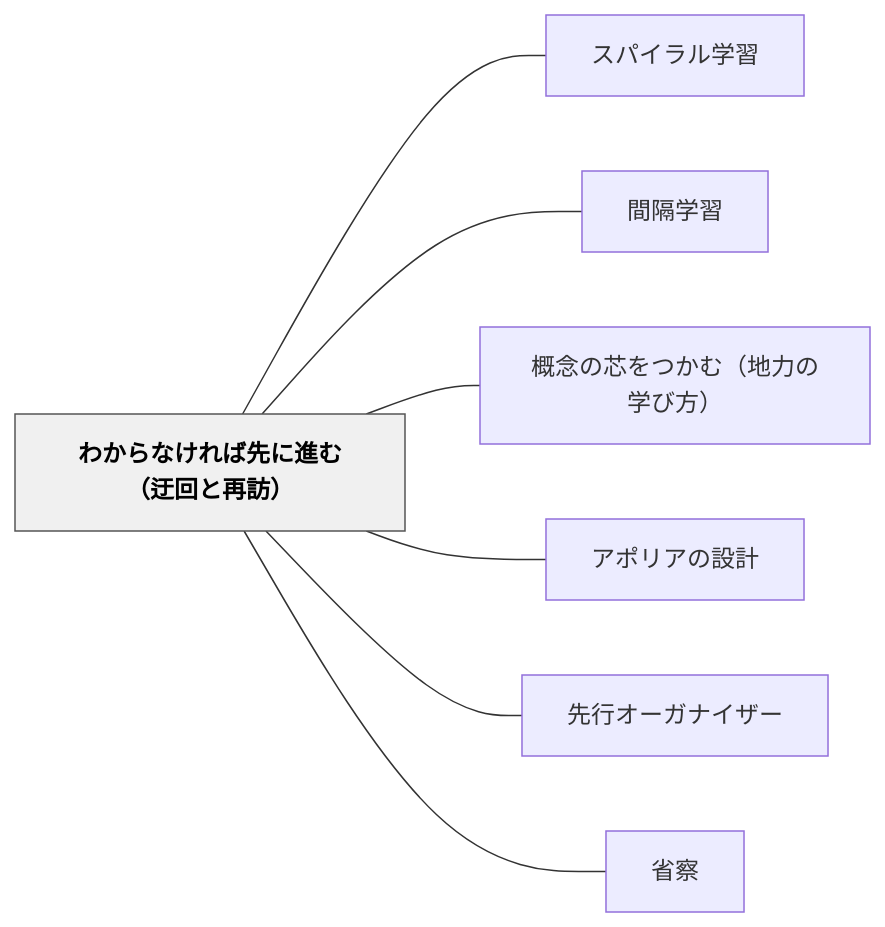
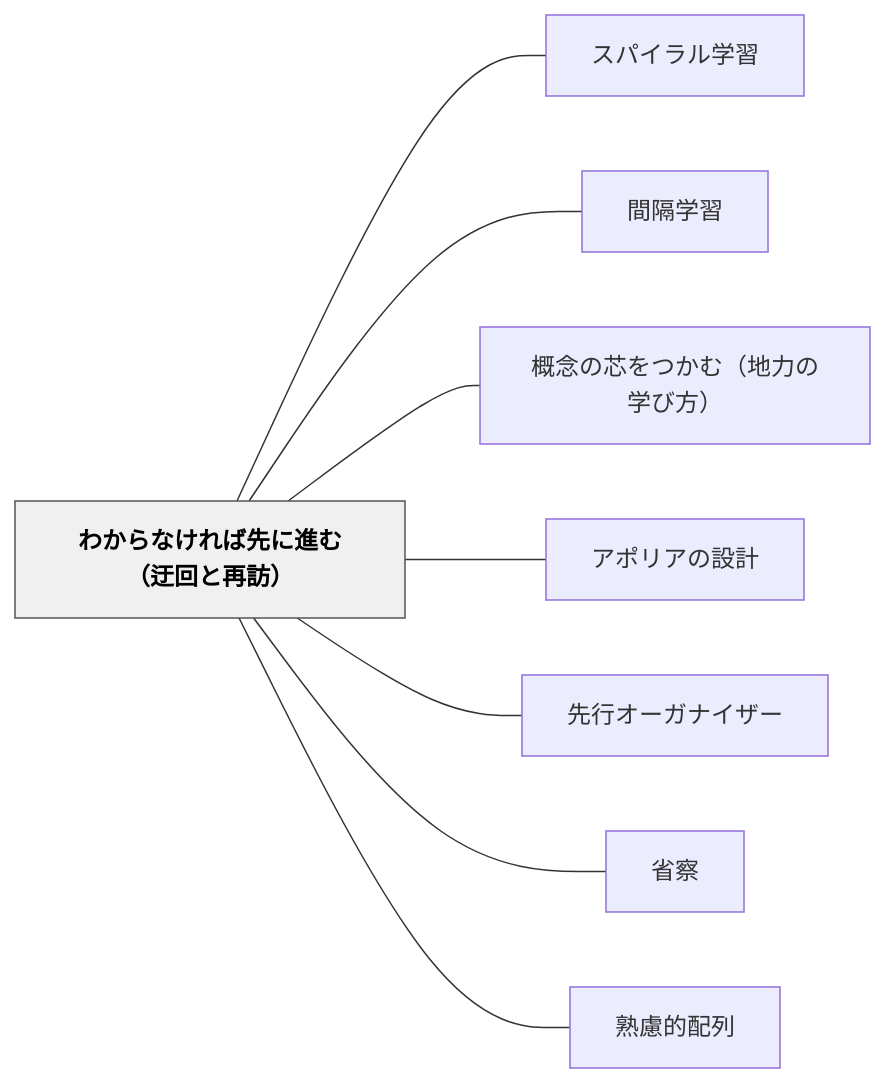
The diagram in content/パタン/わからなければ先に進む（迂回と再訪）.md (unknownthings-ed-patterns/unknownthings-ed-patterns), drawn with Mermaid before and after one commit. The commit also changed other lines of this file and 9 other files, not shown here.

````diff
--- a/content/パタン/わからなければ先に進む（迂回と再訪）.md
+++ b/content/パタン/わからなければ先に進む（迂回と再訪）.md
@@ -133,20 +134,22 @@
 ```mermaid
 flowchart LR
     ne3828fe3818be38289e381aae38191e3828ce381b0e58588e381abe980b2e38280efbc88e8bf82e59b9ee381a8e5868de8a8aaefbc89["わからなければ先に進む（迂回と再訪）"]
     ne382b9e38391e382a4e383a9e383abe5ada6e7bf92["スパイラル学習"]
     ne99693e99a94e5ada6e7bf92["間隔学習"]
     ne6a682e5bfb5e381aee88aafe38292e381a4e3818be38280efbc88e59cb0e58a9be381aee5ada6e381b3e696b9efbc89["概念の芯をつかむ（地力の学び方）"]
     ne382a2e3839de383aae382a2e381aee8a8ade8a888["アポリアの設計"]
     ne58588e8a18ce382aae383bce382ace3838ae382a4e382b6e383bc["先行オーガナイザー"]
     ne79c81e5af9f["省察"]
+    ne7869fe685aee79a84e9858de58897["熟慮的配列"]
 
     ne3828fe3818be38289e381aae38191e3828ce381b0e58588e381abe980b2e38280efbc88e8bf82e59b9ee381a8e5868de8a8aaefbc89 --- ne382b9e38391e382a4e383a9e383abe5ada6e7bf92
     ne3828fe3818be38289e381aae38191e3828ce381b0e58588e381abe980b2e38280efbc88e8bf82e59b9ee381a8e5868de8a8aaefbc89 --- ne99693e99a94e5ada6e7bf92
     ne3828fe3818be38289e381aae38191e3828ce381b0e58588e381abe980b2e38280efbc88e8bf82e59b9ee381a8e5868de8a8aaefbc89 --- ne6a682e5bfb5e381aee88aafe38292e381a4e3818be38280efbc88e59cb0e58a9be381aee5ada6e381b3e696b9efbc89
     ne3828fe3818be38289e381aae38191e3828ce381b0e58588e381abe980b2e38280efbc88e8bf82e59b9ee381a8e5868de8a8aaefbc89 --- ne382a2e3839de383aae382a2e381aee8a8ade8a888
     ne3828fe3818be38289e381aae38191e3828ce381b0e58588e381abe980b2e38280efbc88e8bf82e59b9ee381a8e5868de8a8aaefbc89 --- ne58588e8a18ce382aae383bce382ace3838ae382a4e382b6e383bc
     ne3828fe3818be38289e381aae38191e3828ce381b0e58588e381abe980b2e38280efbc88e8bf82e59b9ee381a8e5868de8a8aaefbc89 --- ne79c81e5af9f
+    ne3828fe3818be38289e381aae38191e3828ce381b0e58588e381abe980b2e38280efbc88e8bf82e59b9ee381a8e5868de8a8aaefbc89 --- ne7869fe685aee79a84e9858de58897
 
     classDef hub fill:#f0f0f0,stroke:#555,color:#000,font-weight:bold
     class ne3828fe3818be38289e381aae38191e3828ce381b0e58588e381abe980b2e38280efbc88e8bf82e59b9ee381a8e5868de8a8aaefbc89 hub
 ```
````
